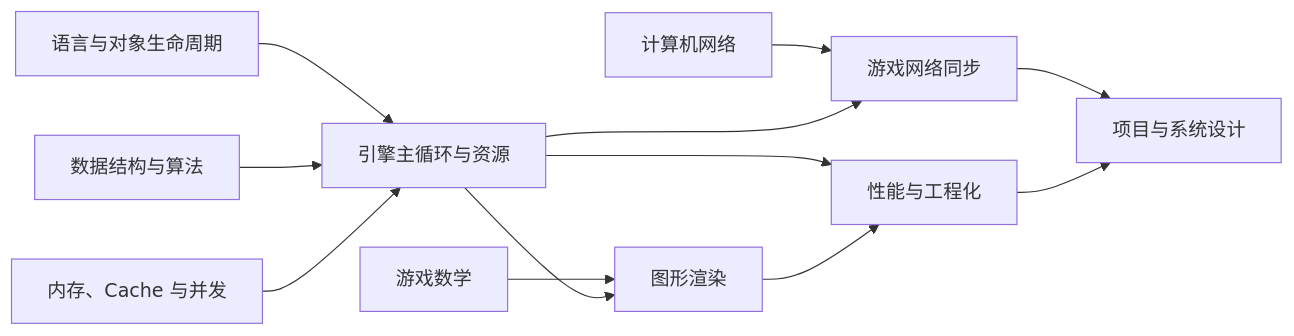
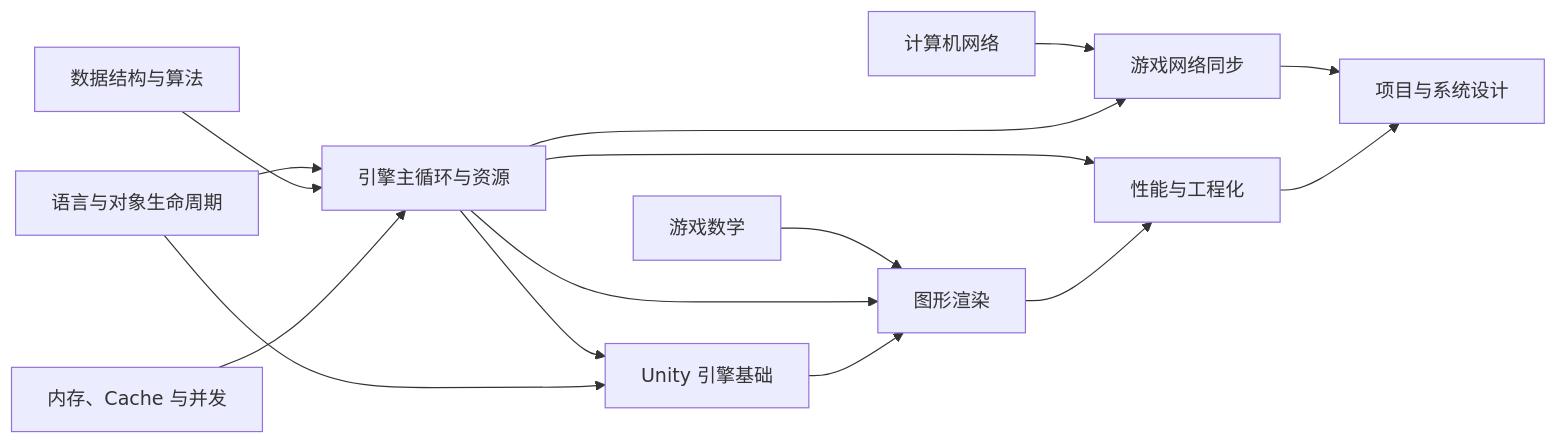
Before and after one commit to Game-Client-Knowledge/Game-Client-Knowledge: the diagram in knowledge/interview-roadmap/01-knowledge-map.md, drawn with Mermaid. The commit also changed other lines of this file and 9 other files, not shown here.

Commit message:
knowledge: complete Unity engine fundamentals module

````diff
--- a/knowledge/interview-roadmap/01-knowledge-map.md
+++ b/knowledge/interview-roadmap/01-knowledge-map.md
@@ -45,14 +45,17 @@
 ```mermaid
 flowchart LR
     Language[语言与对象生命周期] --> Engine[引擎主循环与资源]
     DS[数据结构与算法] --> Engine
     OS[内存、Cache 与并发] --> Engine
     Math[游戏数学] --> Rendering[图形渲染]
     Engine --> Rendering
+    Engine --> Unity[Unity 引擎基础]
+    Language --> Unity
+    Unity --> Rendering
     Network[计算机网络] --> Sync[游戏网络同步]
     Engine --> Sync
     Engine --> Performance[性能与工程化]
     Rendering --> Performance
     Sync --> Design[项目与系统设计]
     Performance --> Design
 ```
````
